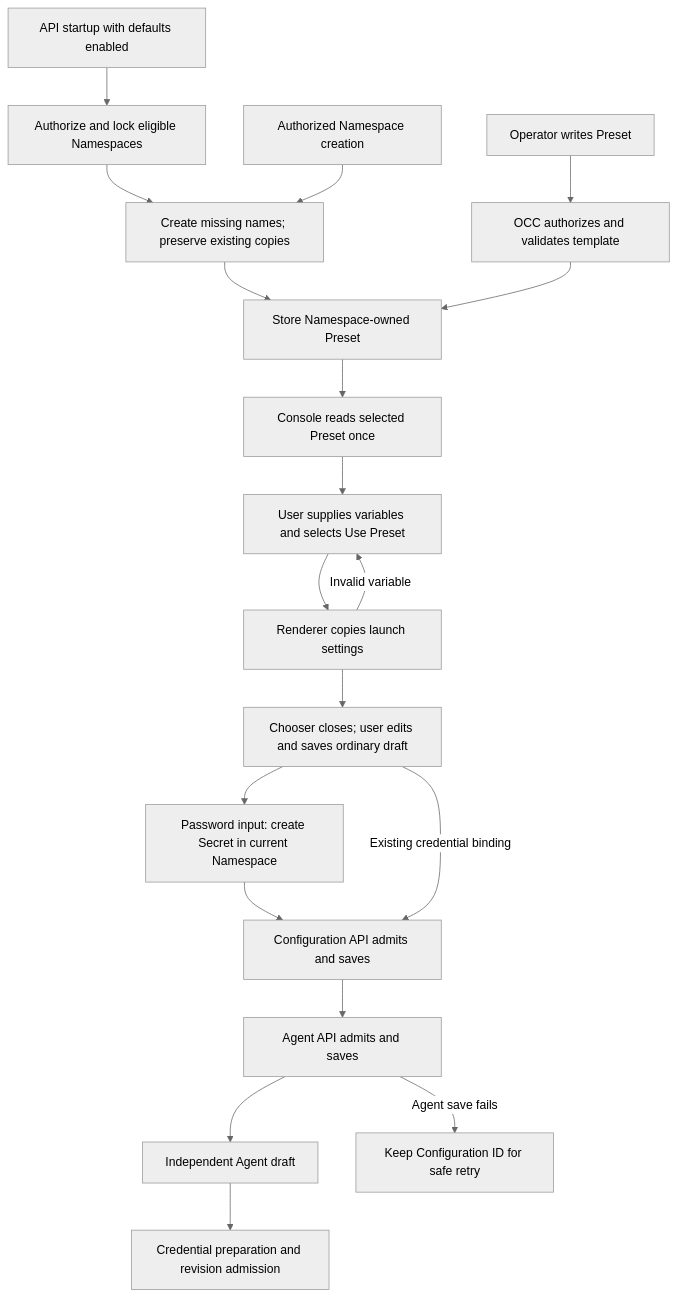
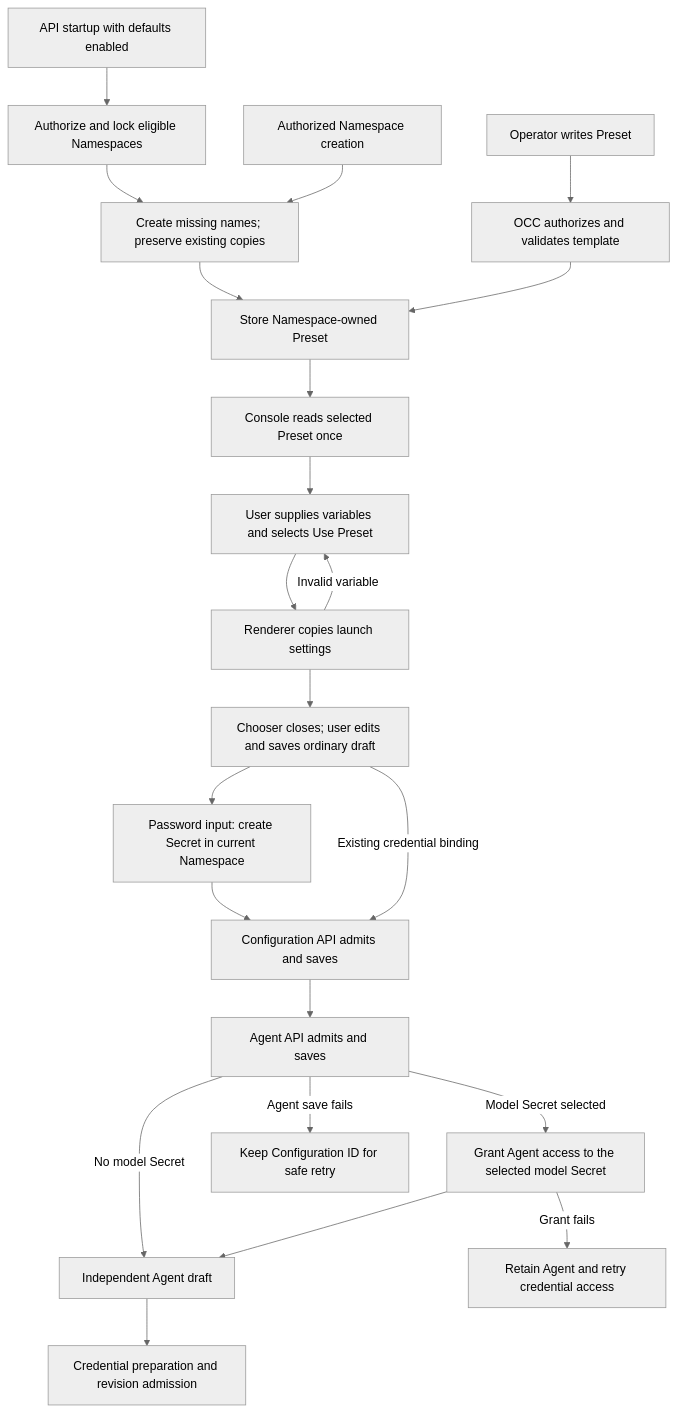
Before and after one commit to openclaw/openclaw-enterprise: the diagram in docs/flows/agent-presets.md, drawn with Mermaid (neutral theme). The commit also changed other lines of this file and 6 other files, not shown here.

````diff
--- a/docs/flows/agent-presets.md
+++ b/docs/flows/agent-presets.md
@@ -35,21 +35,24 @@
 ```mermaid
 graph TD
   S0["API startup with defaults enabled"] --> S1["Authorize and lock eligible Namespaces"]
   S1 --> S2["Create missing names; preserve existing copies"]
   S2 --> C
   N["Authorized Namespace creation"] --> S2
   A["Operator writes Preset"] --> B["OCC authorizes and validates template"]
   B --> C["Store Namespace-owned Preset"]
   C --> D["Console reads selected Preset once"]
   D --> E["User supplies variables and selects Use Preset"]
   E --> F["Renderer copies launch settings"]
   F --> G["Chooser closes; user edits and saves ordinary draft"]
   G --> S["Password input: create Secret in current Namespace"]
   S --> H["Configuration API admits and saves"]
   G -->|Existing credential binding| H
   H --> I["Agent API admits and saves"]
-  I --> J["Independent Agent draft"]
+  I -->|Model Secret selected| O["Grant Agent access to the selected model Secret"]
+  I -->|No model Secret| J
+  O --> J["Independent Agent draft"]
+  O -->|Grant fails| R["Retain Agent and retry credential access"]
   F -->|Invalid variable| E
   I -->|Agent save fails| K["Keep Configuration ID for safe retry"]
   J --> L["Credential preparation and revision admission"]
 ```
````
